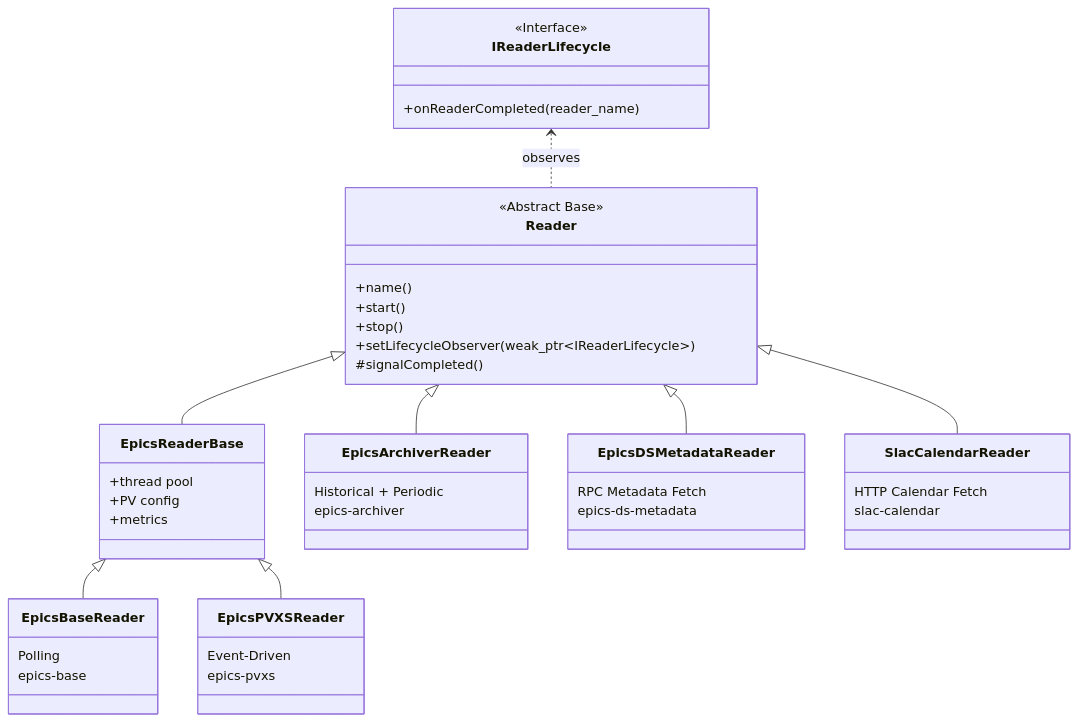
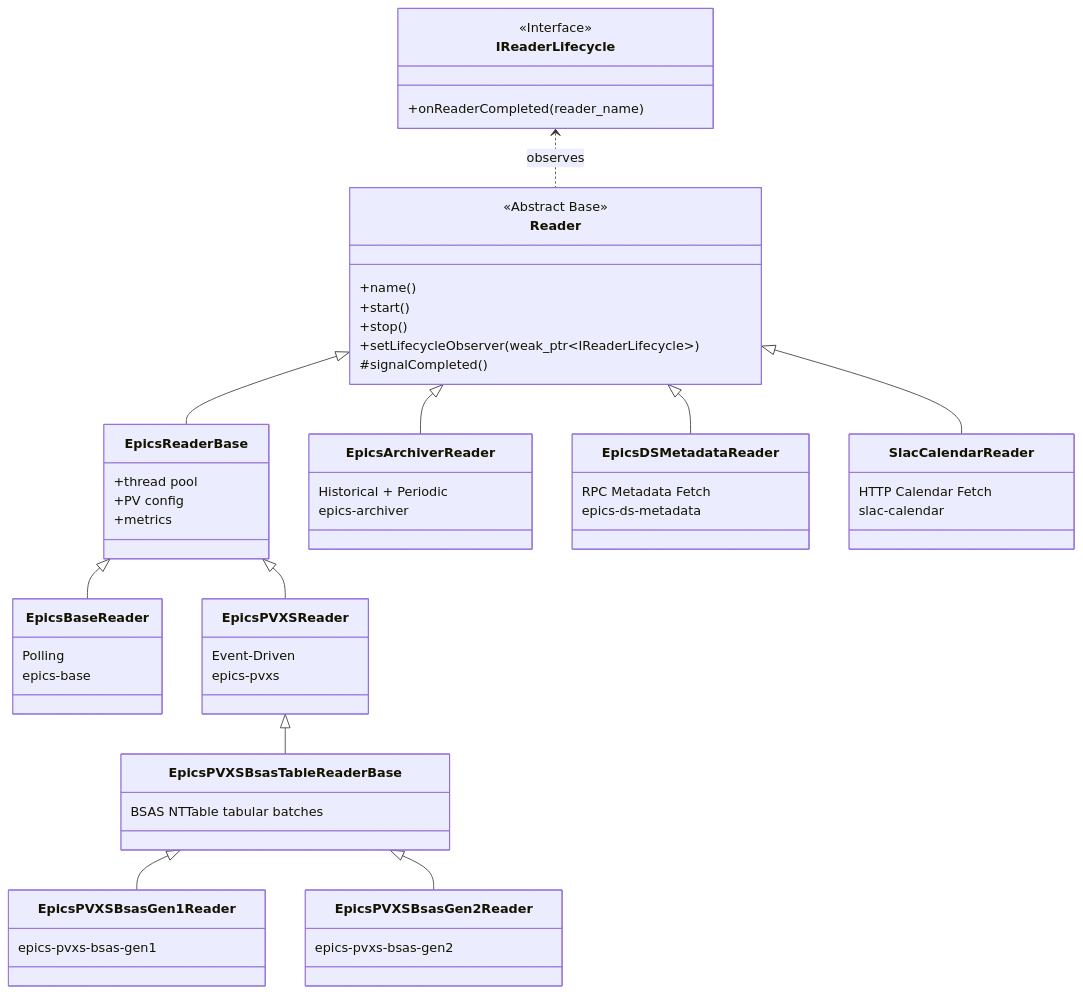
The diagram in docs/readers/readers.md (slaclab/mldp-pvxs-driver), drawn with Mermaid before and after one commit. The commit also changed other lines of this file and 70 other files, not shown here.

First line of the commit message:
feat: add epics-pvxs-bsas-gen1/gen2 table readers

````diff
--- a/docs/readers/readers.md
+++ b/docs/readers/readers.md
@@ -36,55 +39,70 @@
 ```mermaid
 classDiagram
     class IReaderLifecycle {
         <<Interface>>
         +onReaderCompleted(reader_name)
     }
 
     class Reader {
         <<Abstract Base>>
         +name()
         +start()
         +stop()
         +setLifecycleObserver(weak_ptr~IReaderLifecycle~)
         #signalCompleted()
     }
 
     class EpicsReaderBase {
         +thread pool
         +PV config
         +metrics
     }
 
     class EpicsBaseReader {
         Polling
         epics-base
     }
 
     class EpicsPVXSReader {
         Event-Driven
         epics-pvxs
     }
 
+    class EpicsPVXSBsasTableReaderBase {
+        BSAS NTTable tabular batches
+    }
+
+    class EpicsPVXSBsasGen1Reader {
+        epics-pvxs-bsas-gen1
+    }
+
+    class EpicsPVXSBsasGen2Reader {
+        epics-pvxs-bsas-gen2
+    }
+
     class EpicsArchiverReader {
         Historical + Periodic
         epics-archiver
     }
 
     class EpicsDSMetadataReader {
         RPC Metadata Fetch
         epics-ds-metadata
     }
 
     class SlacCalendarReader {
         HTTP Calendar Fetch
         slac-calendar
     }
 
     IReaderLifecycle <.. Reader : observes
     Reader <|-- EpicsReaderBase
     Reader <|-- EpicsArchiverReader
     Reader <|-- EpicsDSMetadataReader
     Reader <|-- SlacCalendarReader
     EpicsReaderBase <|-- EpicsBaseReader
     EpicsReaderBase <|-- EpicsPVXSReader
+    EpicsPVXSReader <|-- EpicsPVXSBsasTableReaderBase
+    EpicsPVXSBsasTableReaderBase <|-- EpicsPVXSBsasGen1Reader
+    EpicsPVXSBsasTableReaderBase <|-- EpicsPVXSBsasGen2Reader
 ```
````
